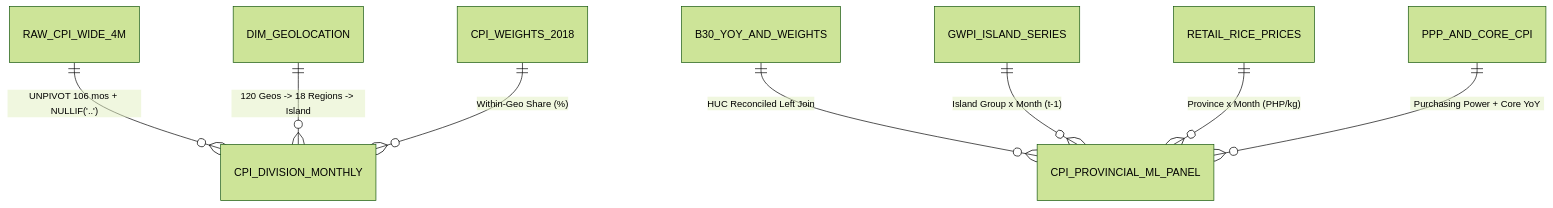
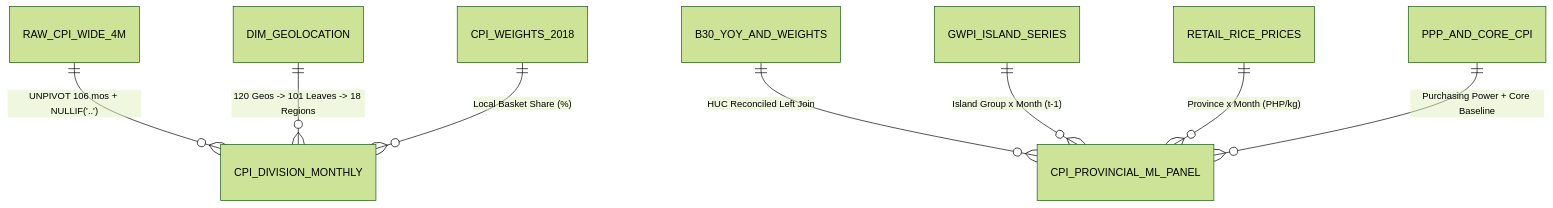
The diagram in README.md (codexcancerion/pesopulse), drawn with Mermaid (forest theme) before and after one commit. The commit also changed other lines of this file and 1 other file, not shown here.

Commit message:
feat(lpcc): narrow PesoPulse to DTI/DA local price councils with Bottom-30% ML forecasts

````diff
--- a/README.md
+++ b/README.md
@@ -50,10 +46,10 @@
 ```mermaid
 erDiagram
     RAW_CPI_WIDE_4M ||--o{ CPI_DIVISION_MONTHLY : "UNPIVOT 106 mos + NULLIF('..')"
-    DIM_GEOLOCATION ||--o{ CPI_DIVISION_MONTHLY : "120 Geos -> 18 Regions -> Island"
-    CPI_WEIGHTS_2018 ||--o{ CPI_DIVISION_MONTHLY : "Within-Geo Share (%)"
+    DIM_GEOLOCATION ||--o{ CPI_DIVISION_MONTHLY : "120 Geos -> 101 Leaves -> 18 Regions"
+    CPI_WEIGHTS_2018 ||--o{ CPI_DIVISION_MONTHLY : "Local Basket Share (%)"
     B30_YOY_AND_WEIGHTS ||--o{ CPI_PROVINCIAL_ML_PANEL : "HUC Reconciled Left Join"
     GWPI_ISLAND_SERIES ||--o{ CPI_PROVINCIAL_ML_PANEL : "Island Group x Month (t-1)"
     RETAIL_RICE_PRICES ||--o{ CPI_PROVINCIAL_ML_PANEL : "Province x Month (PHP/kg)"
-    PPP_AND_CORE_CPI ||--o{ CPI_PROVINCIAL_ML_PANEL : "Purchasing Power + Core YoY"
+    PPP_AND_CORE_CPI ||--o{ CPI_PROVINCIAL_ML_PANEL : "Purchasing Power + Core Baseline"
 ```
````
